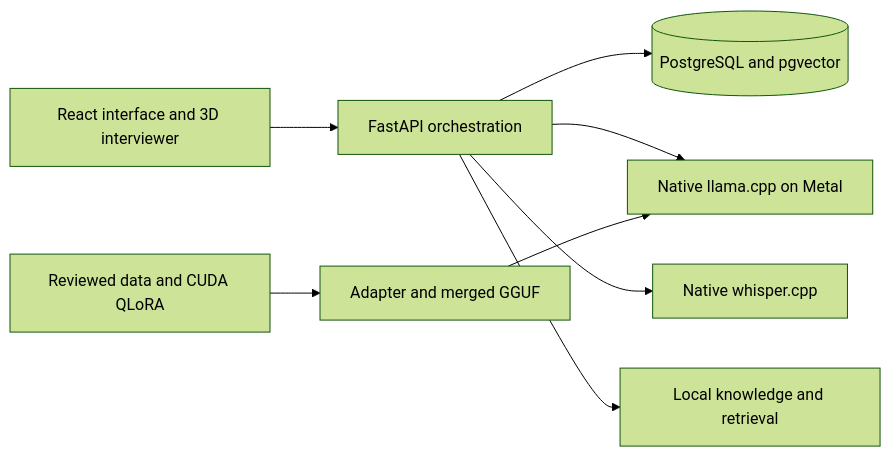
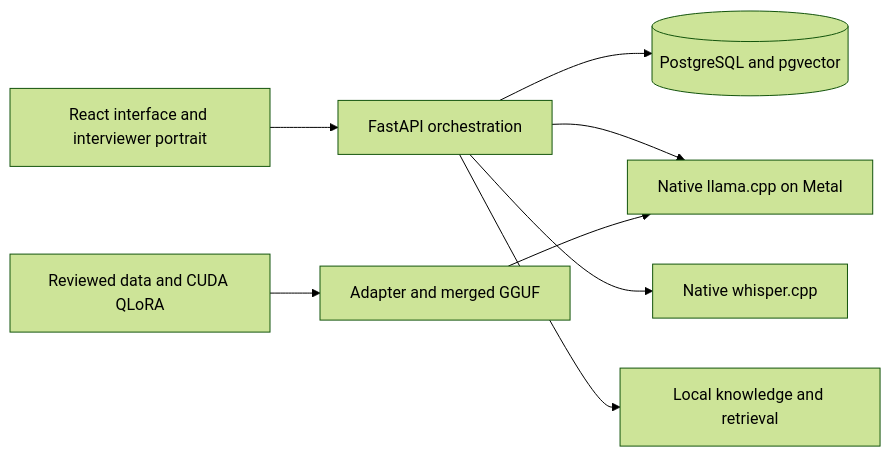
The diagram in README.md (DanYYY0912/COMP4431_GroupProject_InterviewCoach), drawn with Mermaid (forest theme) before and after one commit. The commit also changed other lines of this file and 7 other files, not shown here.

````diff
--- a/README.md
+++ b/README.md
@@ -109,10 +109,10 @@
 ```mermaid
 flowchart LR
-    UI[React interface and 3D interviewer] --> API[FastAPI orchestration]
+    UI[React interface and interviewer portrait] --> API[FastAPI orchestration]
     API --> DB[(PostgreSQL and pgvector)]
     API --> LLM[Native llama.cpp on Metal]
     API --> STT[Native whisper.cpp]
     API --> RAG[Local knowledge and retrieval]
     Training[Reviewed data and CUDA QLoRA] --> Adapter[Adapter and merged GGUF]
     Adapter --> LLM
 ```
````
